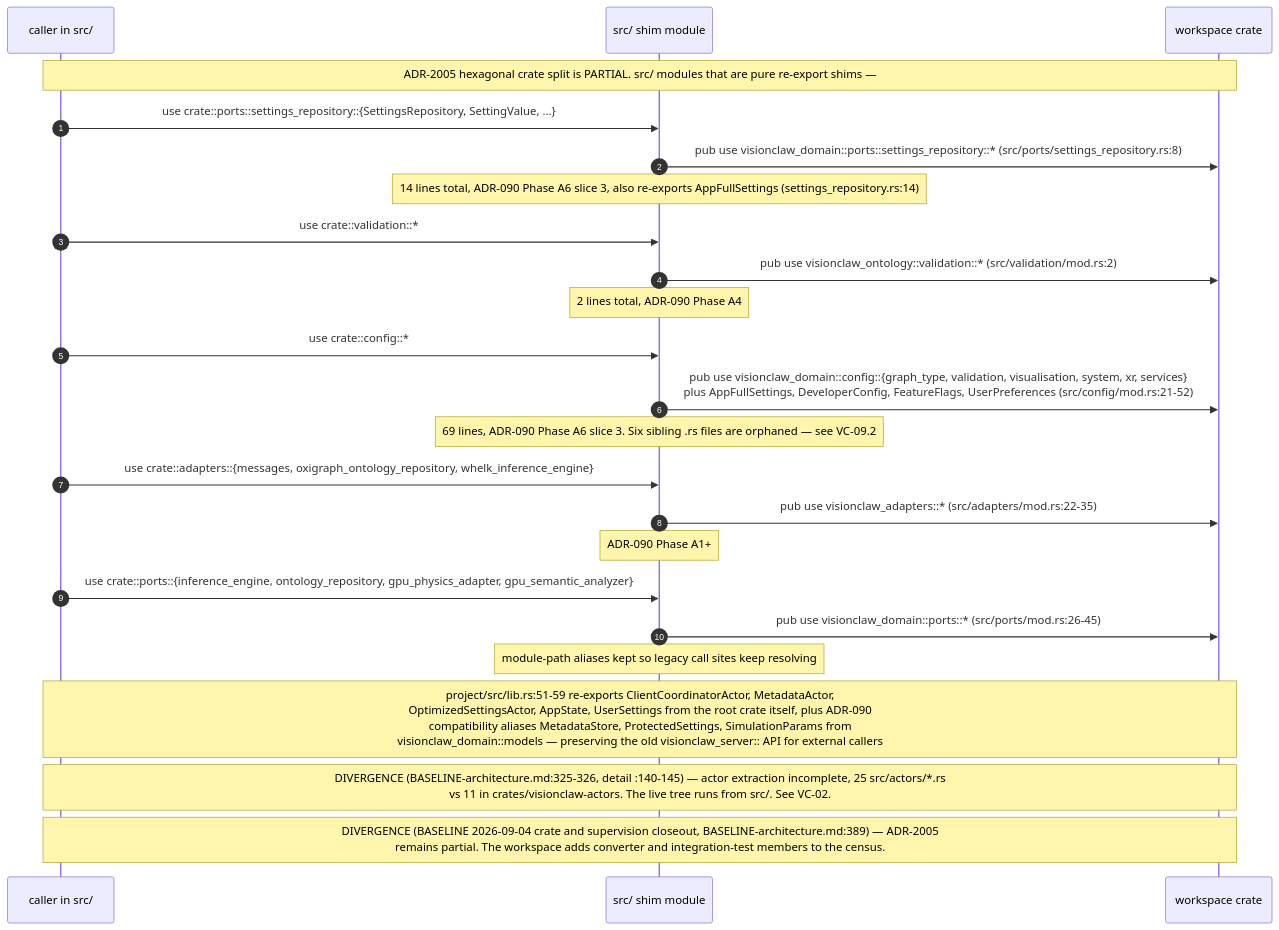
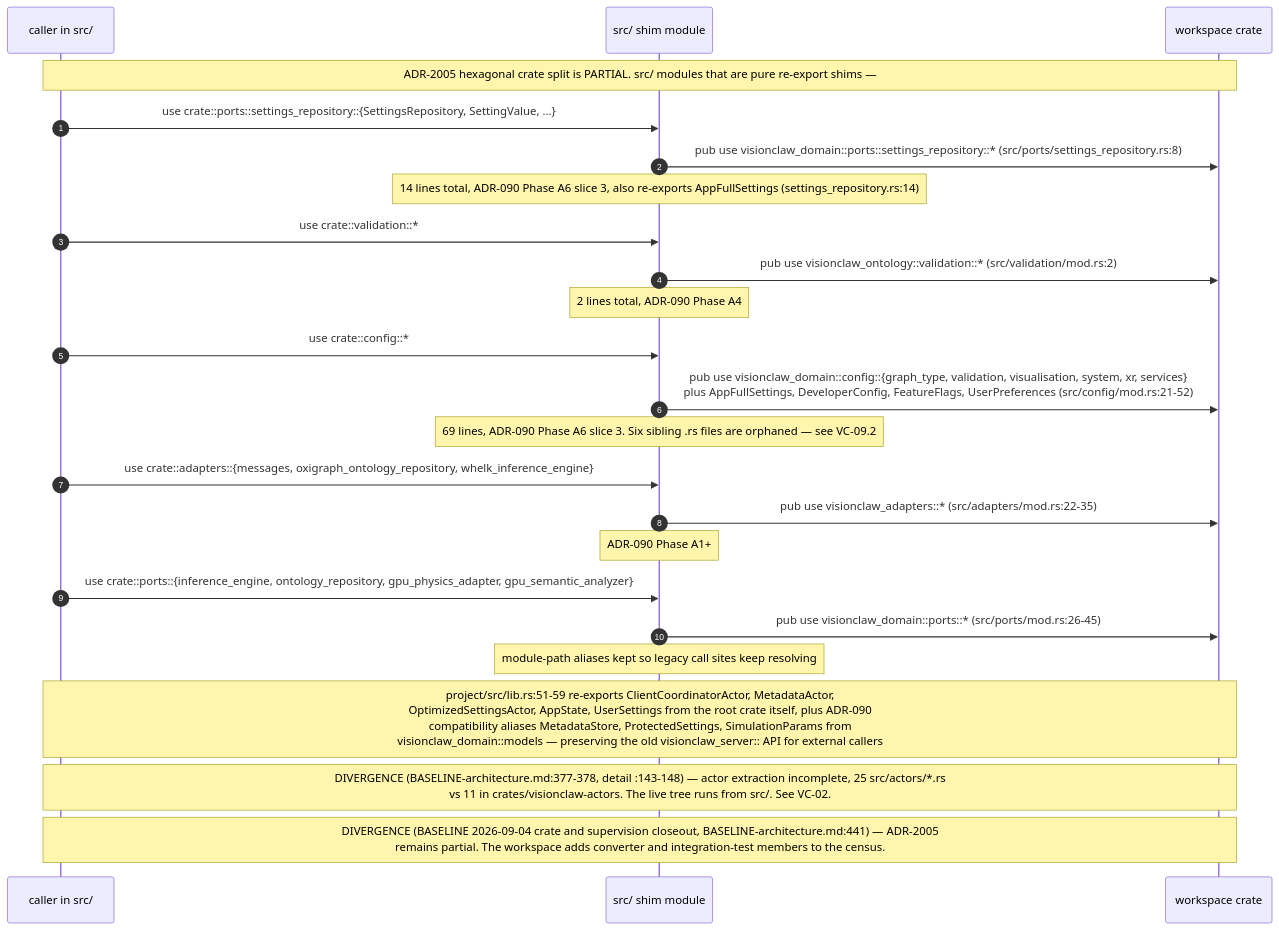
Before and after one commit to DreamLab-AI/VisionFlow: the second of 9 diagrams in docs/diagrams/visionclaw/07-hexagonal-ports-and-crates.md, drawn with Mermaid. The commit also changed other lines of this file and 56 other files, not shown here.

First line of the commit message:
docs(diagrams): re-verify VisionClaw topics at ec785afa9, add VC-19/56/57 and the VisionClaw register

````diff
--- a/docs/diagrams/visionclaw/07-hexagonal-ports-and-crates.md
+++ b/docs/diagrams/visionclaw/07-hexagonal-ports-and-crates.md
@@ -115,27 +129,27 @@
 ```mermaid
 sequenceDiagram
     autonumber
     participant C as caller in src/
     participant SH as src/ shim module
     participant CR as workspace crate
 
     Note over C,CR: ADR-2005 hexagonal crate split is PARTIAL. src/ modules that are pure re-export shims —
     C->>SH: use crate::ports::settings_repository::{SettingsRepository, SettingValue, ...}
     SH->>CR: pub use visionclaw_domain::ports::settings_repository::* (src/ports/settings_repository.rs:8)
     Note over SH: 14 lines total, ADR-090 Phase A6 slice 3, also re-exports AppFullSettings (settings_repository.rs:14)
     C->>SH: use crate::validation::*
     SH->>CR: pub use visionclaw_ontology::validation::* (src/validation/mod.rs:2)
     Note over SH: 2 lines total, ADR-090 Phase A4
     C->>SH: use crate::config::*
     SH->>CR: pub use visionclaw_domain::config::{graph_type, validation, visualisation, system, xr, services}<br/>plus AppFullSettings, DeveloperConfig, FeatureFlags, UserPreferences (src/config/mod.rs:21-52)
     Note over SH: 69 lines, ADR-090 Phase A6 slice 3. Six sibling .rs files are orphaned — see VC-09.2
     C->>SH: use crate::adapters::{messages, oxigraph_ontology_repository, whelk_inference_engine}
     SH->>CR: pub use visionclaw_adapters::* (src/adapters/mod.rs:22-35)
     Note over SH: ADR-090 Phase A1+
     C->>SH: use crate::ports::{inference_engine, ontology_repository, gpu_physics_adapter, gpu_semantic_analyzer}
     SH->>CR: pub use visionclaw_domain::ports::* (src/ports/mod.rs:26-45)
     Note over SH: module-path aliases kept so legacy call sites keep resolving
     Note over C,CR: project/src/lib.rs:51-59 re-exports ClientCoordinatorActor, MetadataActor,<br/>OptimizedSettingsActor, AppState, UserSettings from the root crate itself, plus ADR-090<br/>compatibility aliases MetadataStore, ProtectedSettings, SimulationParams from<br/>visionclaw_domain::models — preserving the old visionclaw_server:: API for external callers
-    Note over C,CR: DIVERGENCE (BASELINE-architecture.md:325-326, detail :140-145) — actor extraction incomplete, 25 src/actors/*.rs<br/>vs 11 in crates/visionclaw-actors. The live tree runs from src/. See VC-02.
-    Note over C,CR: DIVERGENCE (BASELINE 2026-09-04 crate and supervision closeout, BASELINE-architecture.md:389) — ADR-2005<br/>remains partial. The workspace adds converter and integration-test members to the census.
+    Note over C,CR: DIVERGENCE (BASELINE-architecture.md:377-378, detail :143-148) — actor extraction incomplete, 25 src/actors/*.rs<br/>vs 11 in crates/visionclaw-actors. The live tree runs from src/. See VC-02.
+    Note over C,CR: DIVERGENCE (BASELINE 2026-09-04 crate and supervision closeout, BASELINE-architecture.md:441) — ADR-2005<br/>remains partial. The workspace adds converter and integration-test members to the census.
 ```
````
